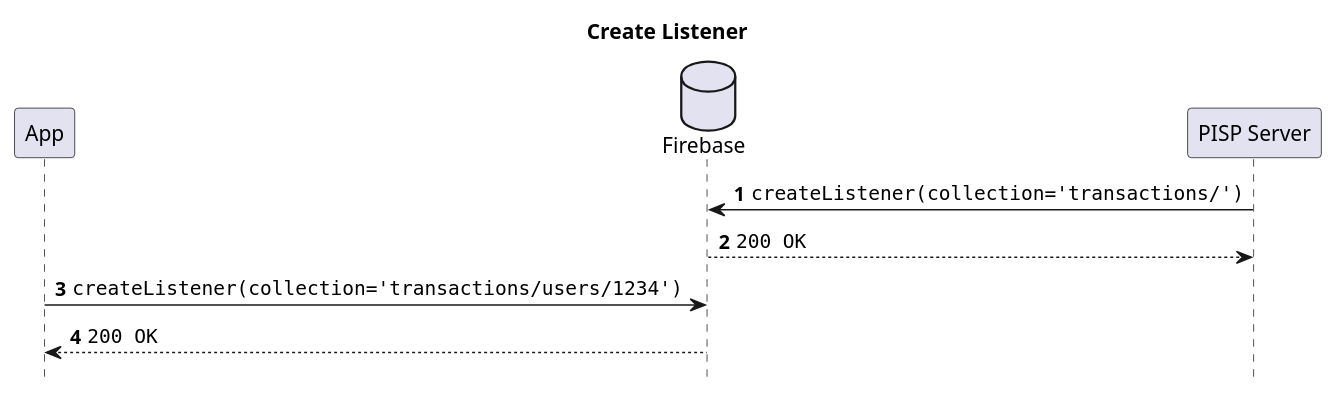
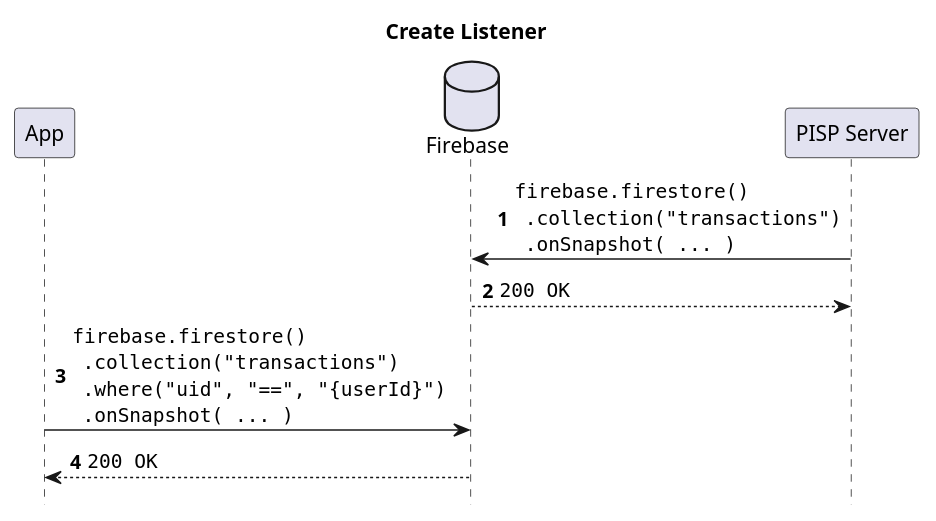
The diagram in docs/assets/diagrams/transfer/01-create-listener.puml (mojaloop/contrib-pisp-demo-svc), drawn with PlantUML before and after one commit. The commit also changed 10 other files, not shown here.

First line of the commit message:
fix(docs): refactor sequence diagrams for transfer flow

```diff
--- a/docs/assets/diagrams/transfer/01-create-listener.puml
+++ b/docs/assets/diagrams/transfer/01-create-listener.puml
@@ -1,18 +1,24 @@
 @startuml
+
 title Create Listener
 
 hide footbox
 
 autonumber
 
 participant App
 database Firebase
 participant "PISP Server" as PISP
 
-PISP -> Firebase: ""createListener(collection='transactions/')""
+PISP -> Firebase: ""firebase.firestore()""\n\
+  "".collection("transactions")""\n\
+  "".onSnapshot( ... )""
 return ""200 OK""
 
-App -> Firebase: ""createListener(collection='transactions/users/1234')""
+App -> Firebase: ""firebase.firestore()""\n\
+  "".collection("transactions")""\n\
+  "".where("uid", "==", "{userId}")""\n\
+  "".onSnapshot( ... )""
 return ""200 OK""
 
 @enduml
```
